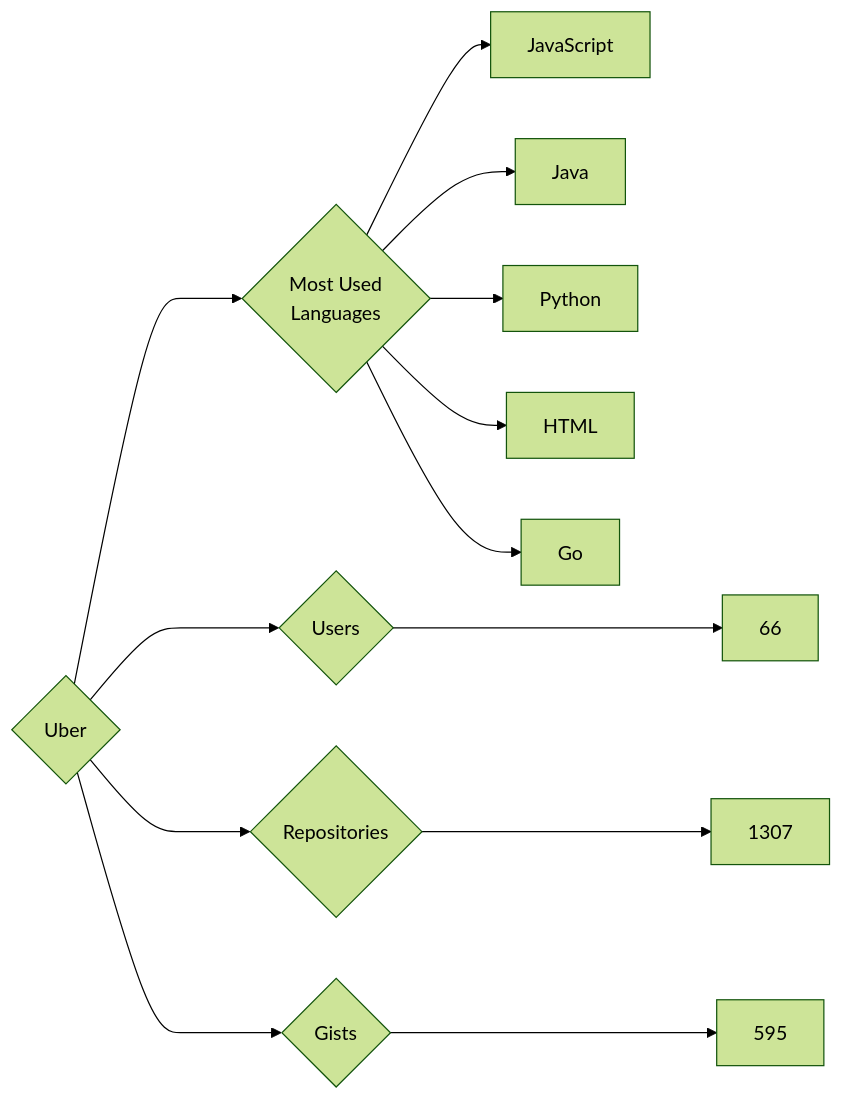
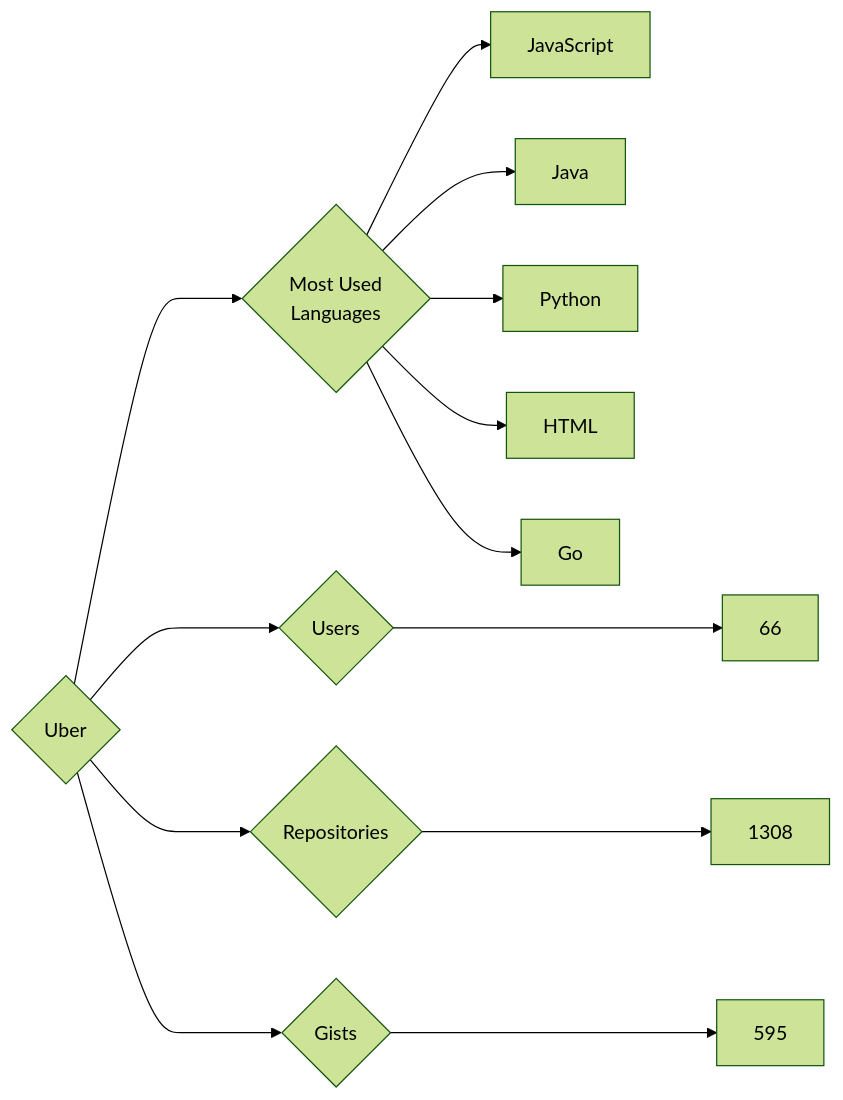
One commit to trickest/insiders changed the diagram in targets/Uber/README.md. Above: the diagram before and after it, drawn with Mermaid (forest theme). The commit also changed 681 other files, not shown here.

````diff
--- a/targets/Uber/README.md
+++ b/targets/Uber/README.md
@@ -3,13 +3,13 @@
 ```mermaid
 graph LR
 COMPANY_NAME{Uber}
 COMPANY_NAME ---> U{Users} ---> UN[66]
-COMPANY_NAME ---> R{Repositories} ---> RN[1307]
+COMPANY_NAME ---> R{Repositories} ---> RN[1308]
 COMPANY_NAME ---> G{Gists} ---> GN[595]
 COMPANY_NAME ---> ML{Most Used<br>Languages}
 ML --> JavaScript[JavaScript]
 ML --> Java[Java]
 ML --> Python[Python]
 ML --> HTML[HTML]
 ML --> Go[Go]
 ```
````
